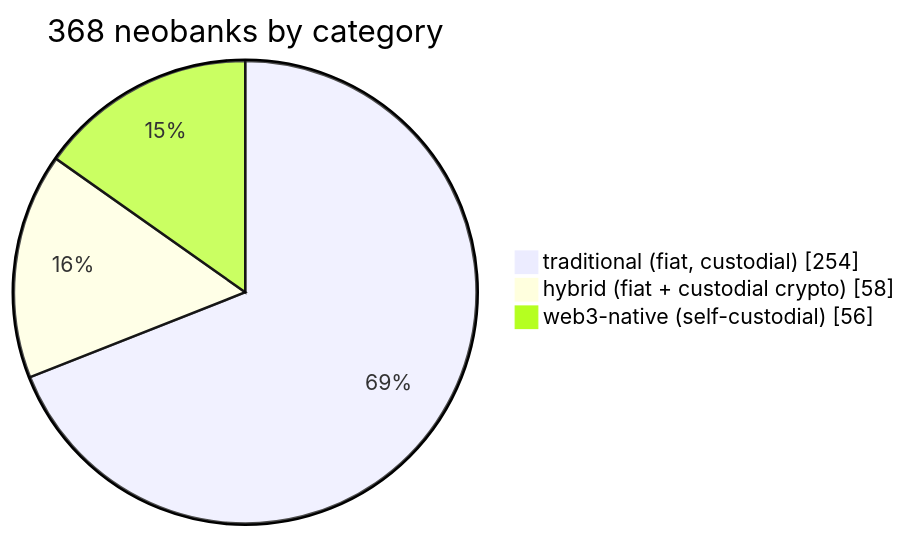
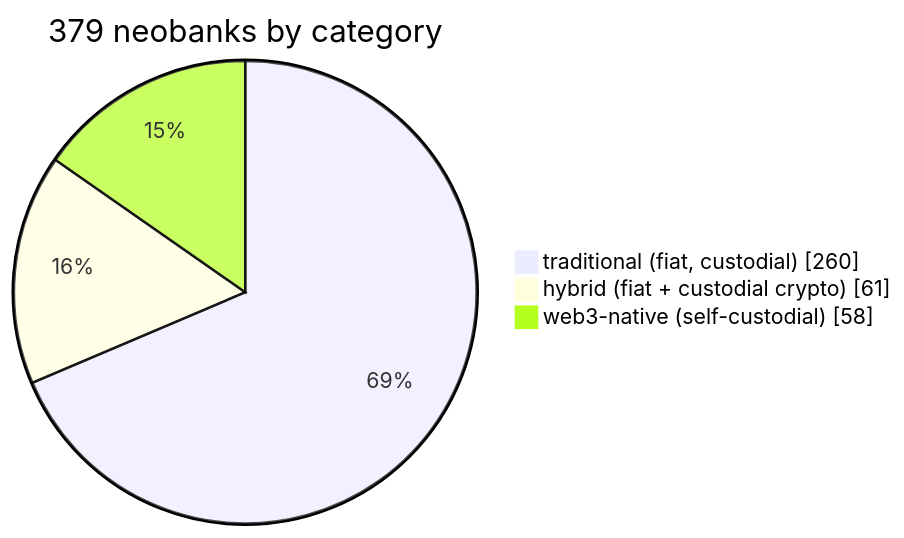
The first of 3 diagrams in README.md (andreolf/neobankbeat), drawn with Mermaid before and after one commit. The commit also changed other lines of this file and 1249 other files, not shown here.

````diff
--- a/README.md
+++ b/README.md
@@ -42,6 +42,6 @@
 ```mermaid
-pie showData title 368 neobanks by category
-    "traditional (fiat, custodial)" : 254
-    "hybrid (fiat + custodial crypto)" : 58
-    "web3-native (self-custodial)" : 56
+pie showData title 379 neobanks by category
+    "traditional (fiat, custodial)" : 260
+    "hybrid (fiat + custodial crypto)" : 61
+    "web3-native (self-custodial)" : 58
 ```
````
